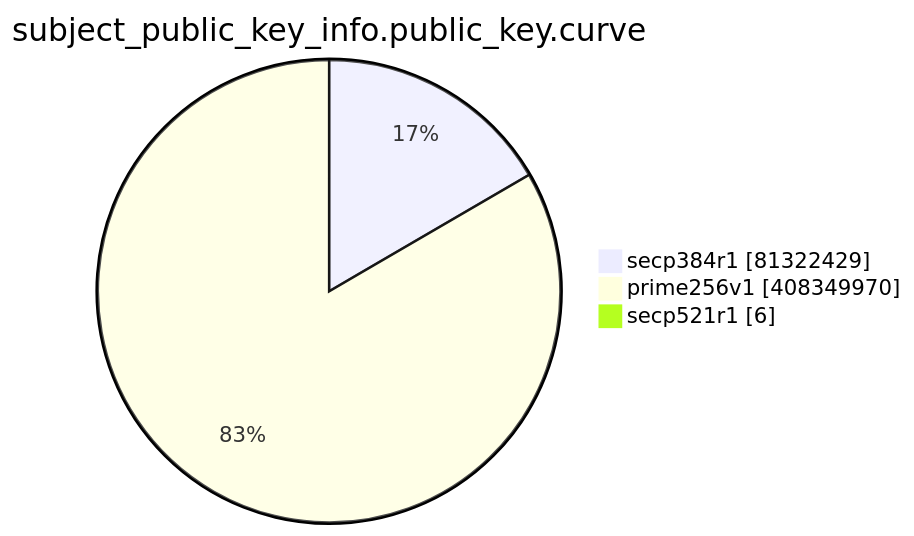
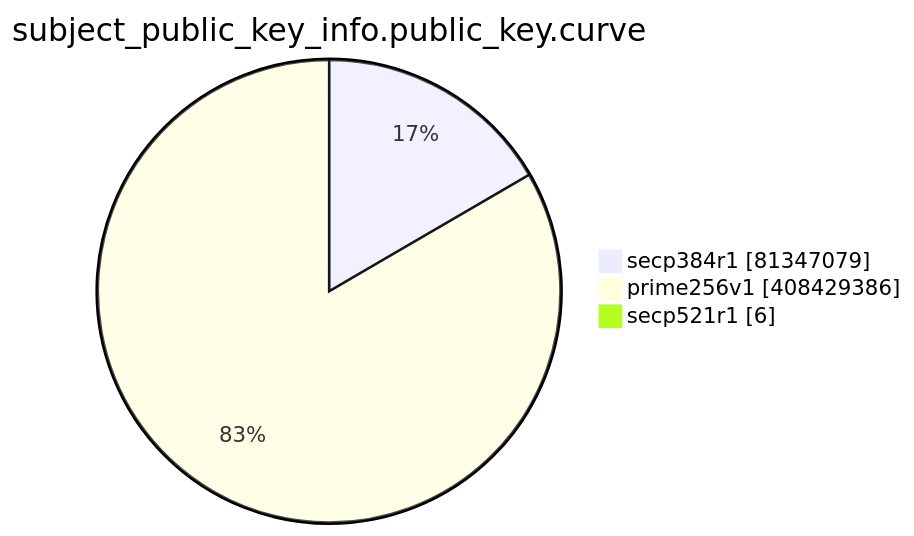
Before and after one commit to christiankrug/ctmonitor_visualization: the eighth of 15 diagrams in TOTAL/README.md, drawn with Mermaid. The commit also changed other lines of this file, not shown here.

````diff
--- a/TOTAL/README.md
+++ b/TOTAL/README.md
@@ -3096,7 +3096,7 @@
 ```mermaid
 pie showData
 title subject_public_key_info.public_key.curve
-"secp384r1" :81322429
-"prime256v1" :408349970
+"secp384r1" :81347079
+"prime256v1" :408429386
 "secp521r1" :6
 ```
````
